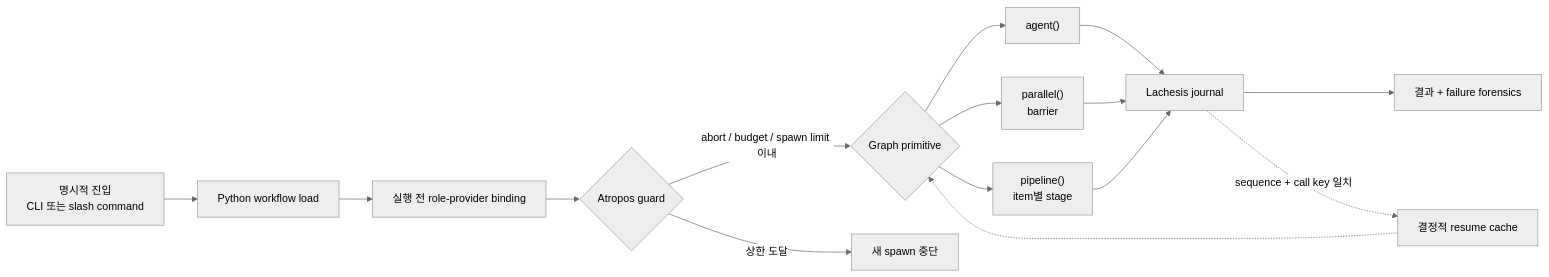
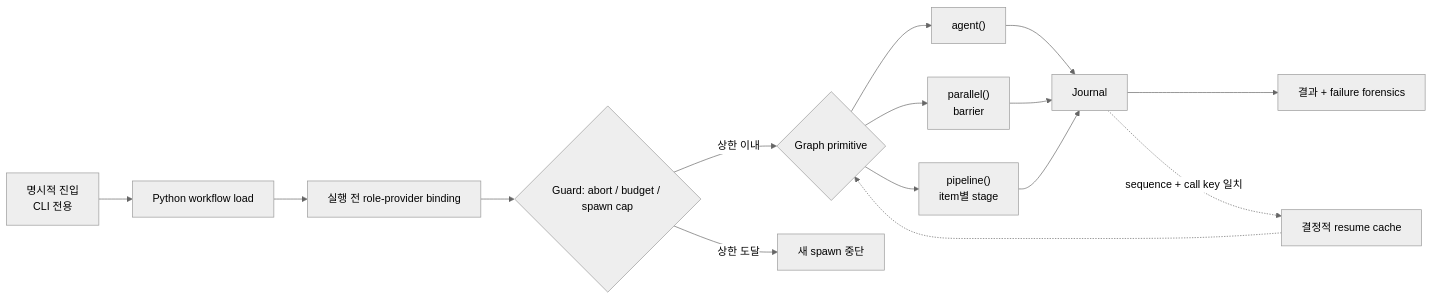
The diagram in README.ko.md (ashmoonori-afk/birkin), drawn with Mermaid (neutral theme) before and after one commit. The commit also changed other lines of this file and 5 other files, not shown here.

````diff
--- a/README.ko.md
+++ b/README.ko.md
@@ -95,17 +93,17 @@
 ```mermaid
 flowchart LR
-    E["명시적 진입<br/>CLI 또는 slash command"] --> S["Python workflow load"]
+    E["명시적 진입<br/>CLI 전용"] --> S["Python workflow load"]
     S --> B["실행 전 role-provider binding"]
-    B --> G{"Atropos guard"}
-    G -->|abort / budget / spawn limit 이내| X{"Graph primitive"}
+    B --> G{"Guard: abort / budget / spawn cap"}
+    G -->|상한 이내| X{"Graph primitive"}
     G -->|상한 도달| Z["새 spawn 중단"]
     X --> A["agent()"]
     X --> P["parallel()<br/>barrier"]
     X --> L["pipeline()<br/>item별 stage"]
-    A --> J["Lachesis journal"]
+    A --> J["Journal"]
     P --> J
     L --> J
     J --> O["결과 + failure forensics"]
     J -. "sequence + call key 일치" .-> R["결정적 resume cache"]
     R -.-> X
 ```
````
